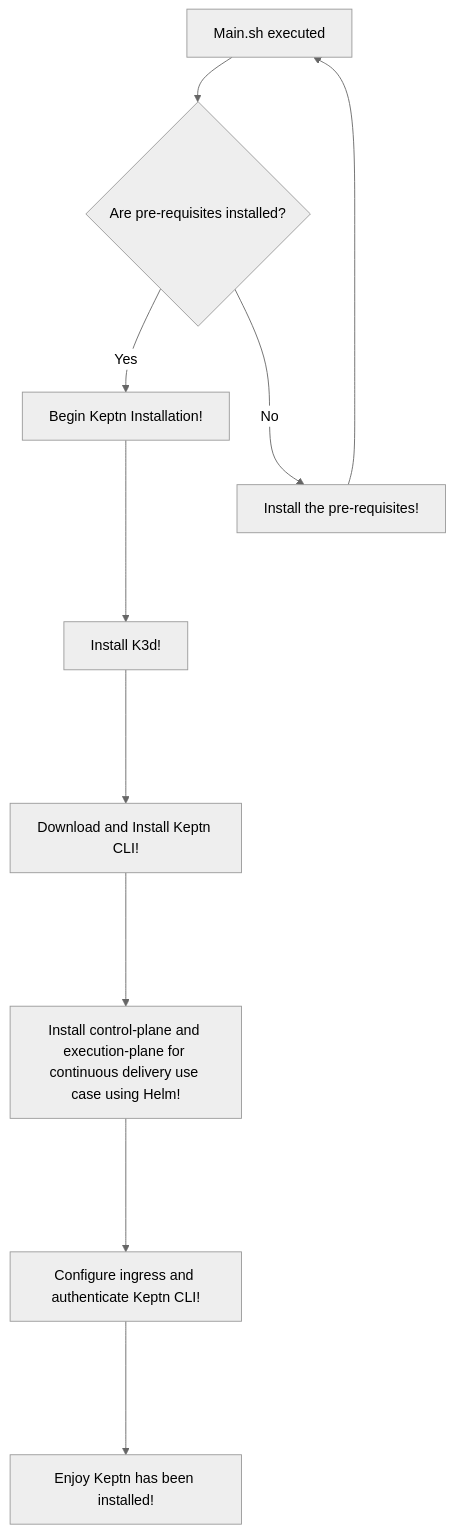
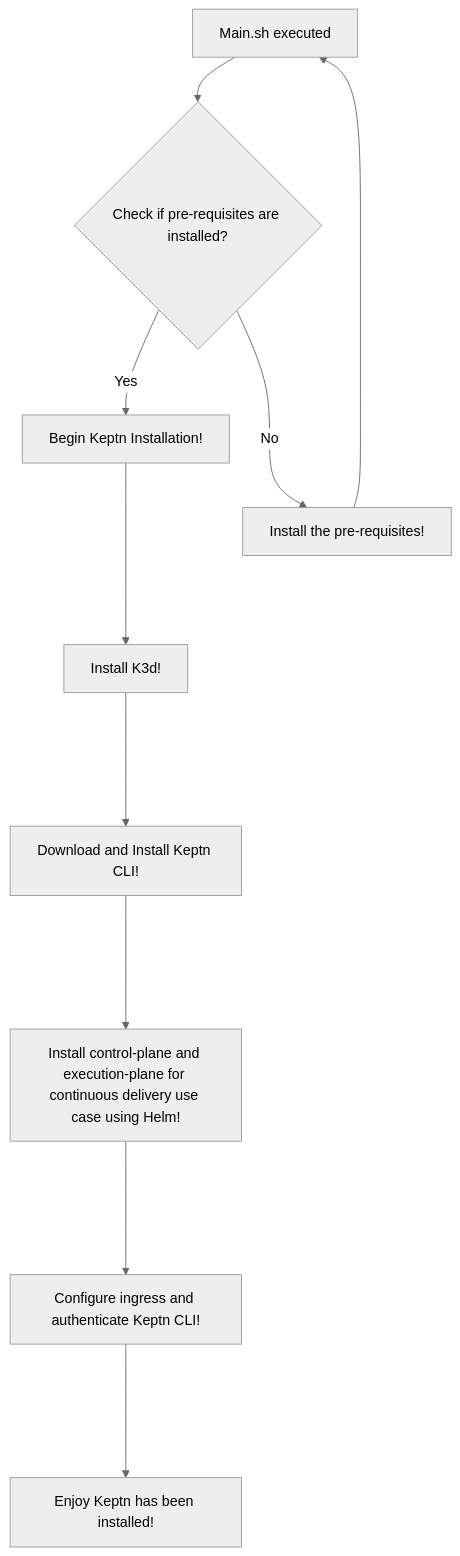
One commit to NashTech-Labs/Setup-Keptn-Using-Jenkins changed the diagram in README.md. Above: the diagram before and after it, drawn with Mermaid (neutral theme).

Commit message:
Updated Tech Hub with scripts and readme

````diff
--- a/README.md
+++ b/README.md
@@ -21,12 +21,12 @@
 ```mermaid
 flowchart TD
-    A[Main.sh executed] --> B{Are pre-requisites installed?};
+    A[Main.sh executed !!] --> B{Check if pre-requisites are installed?};
     B -- Yes --> C[Begin Keptn Installation!];
     B -- No --> D[Install the pre-requisites!];
     C ----> E[Install K3d!];
     D ----> A[Main.sh executed];
     E ----> F[Download and Install Keptn CLI!];
     F ----> G[Install control-plane and execution-plane for continuous delivery use case using Helm!];
     G ----> I[Configure ingress and authenticate Keptn CLI!];
     I ----> J[Enjoy Keptn has been installed!];
 ```
````
